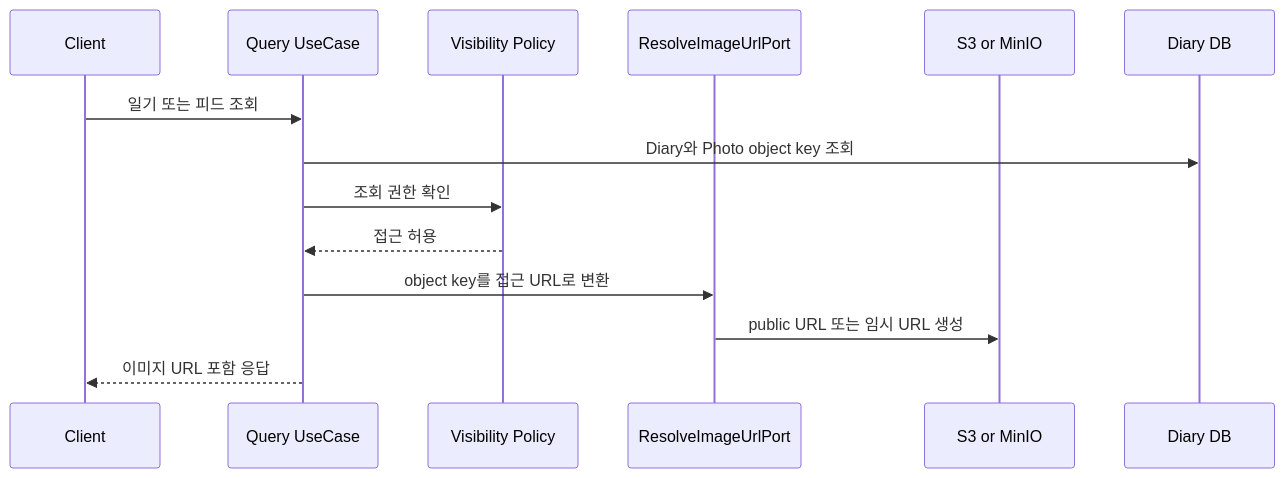
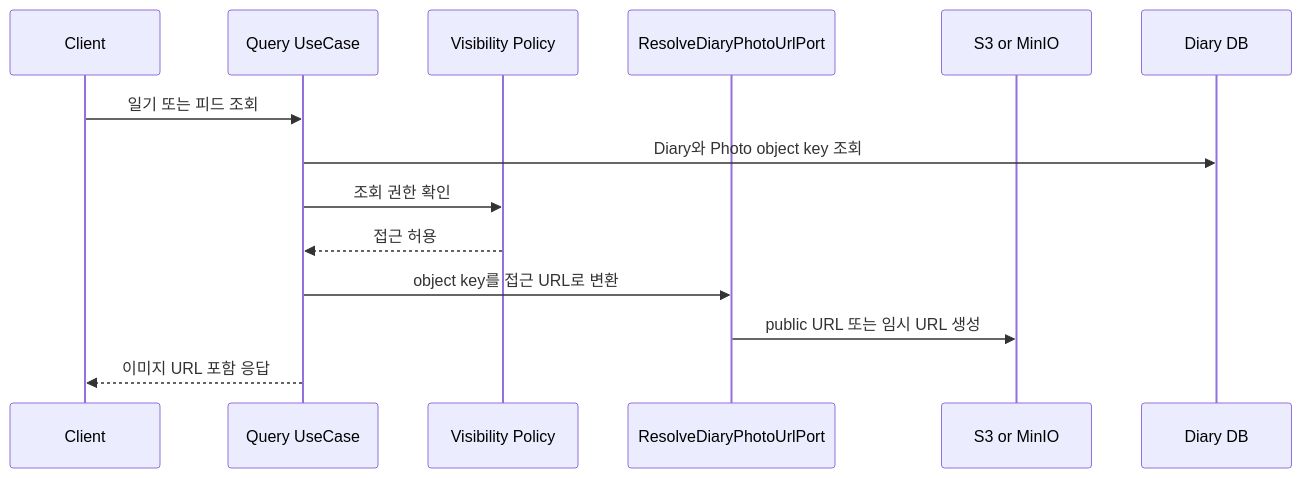
The fourth of 4 diagrams in docs/runbooks/diary-image-storage-runbook.md (MyPicDay/piku-back), drawn with Mermaid before and after one commit. The commit also changed other lines of this file and 83 other files, not shown here.

````diff
--- a/docs/runbooks/diary-image-storage-runbook.md
+++ b/docs/runbooks/diary-image-storage-runbook.md
@@ -118,17 +139,17 @@
 ```mermaid
 sequenceDiagram
     participant Client as Client
     participant Query as Query UseCase
     participant Policy as Visibility Policy
-    participant UrlResolver as ResolveImageUrlPort
+    participant UrlResolver as ResolveDiaryPhotoUrlPort
     participant Storage as S3 or MinIO
     participant DB as Diary DB
 
     Client->>Query: 일기 또는 피드 조회
     Query->>DB: Diary와 Photo object key 조회
     Query->>Policy: 조회 권한 확인
     Policy-->>Query: 접근 허용
     Query->>UrlResolver: object key를 접근 URL로 변환
     UrlResolver->>Storage: public URL 또는 임시 URL 생성
     Query-->>Client: 이미지 URL 포함 응답
 ```
````
